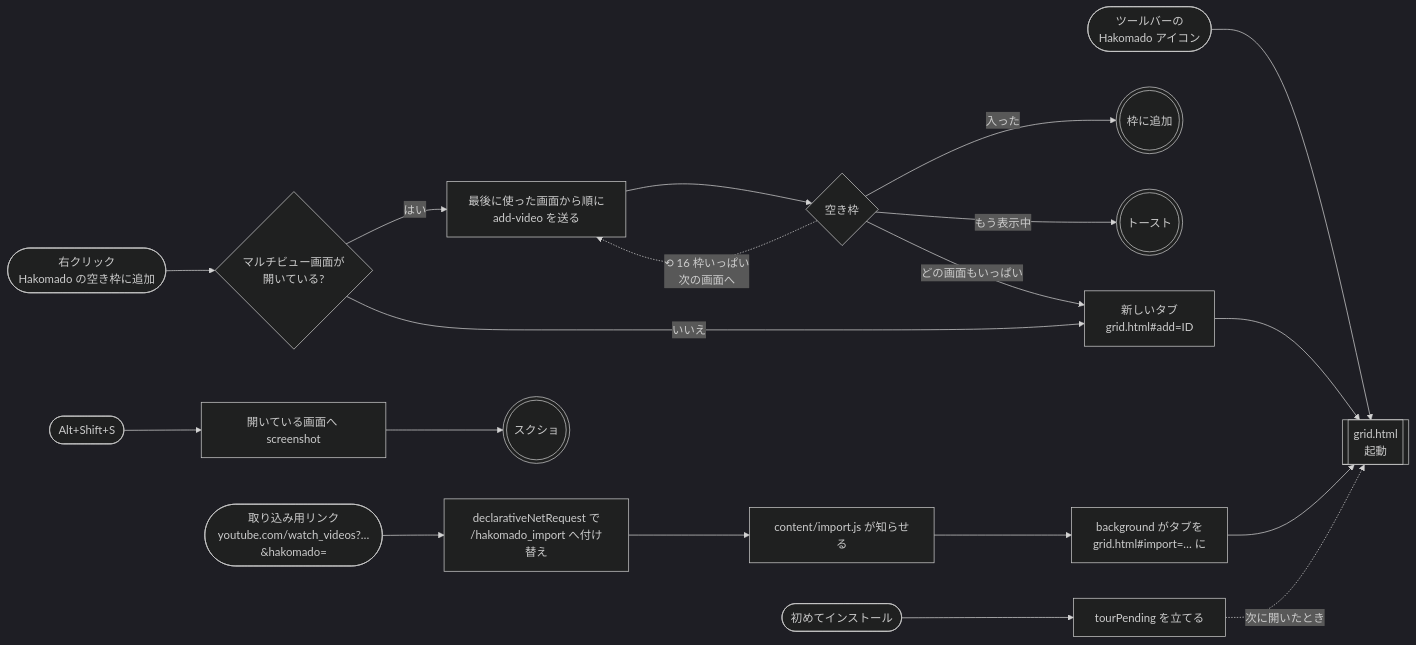
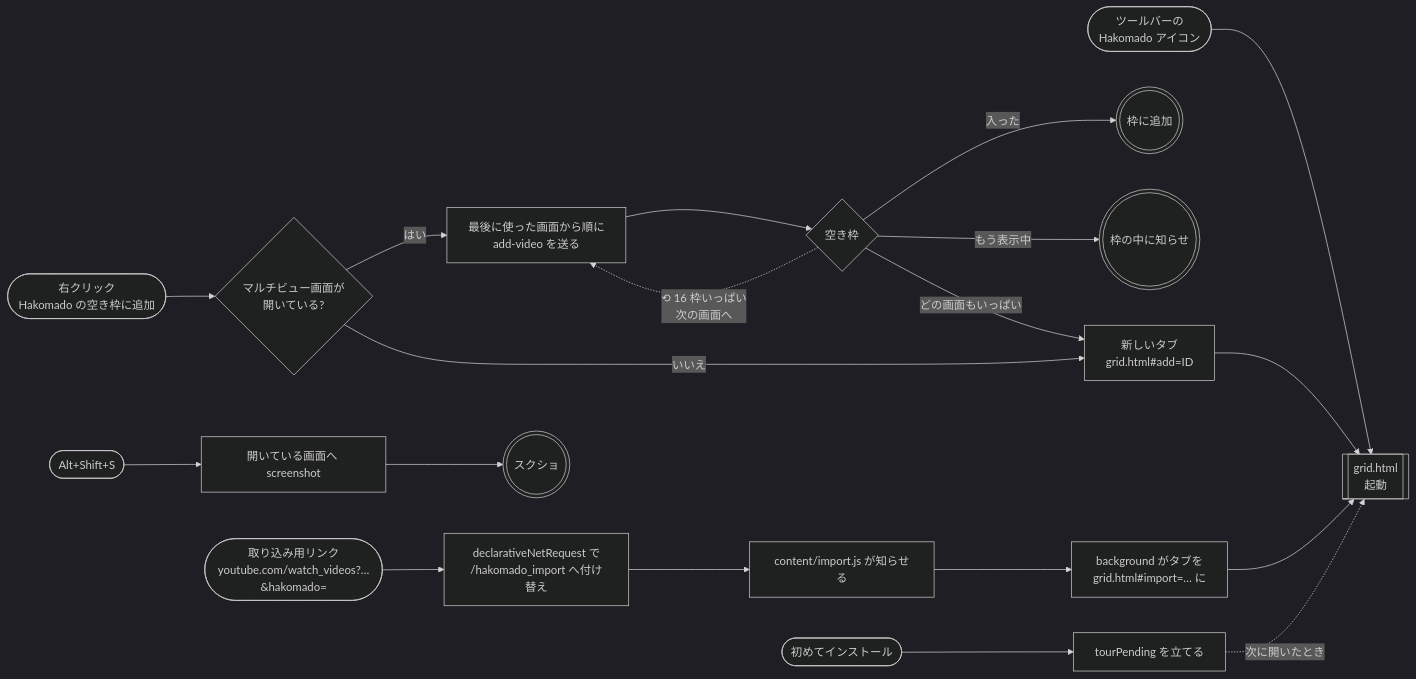
One commit to contee213/hakomado changed the first of 5 diagrams in docs/screen-flow.md. Above: the diagram before and after it, drawn with Mermaid (dark theme). The commit also changed other lines of this file and 16 other files, not shown here.

````diff
--- a/docs/screen-flow.md
+++ b/docs/screen-flow.md
@@ -20,16 +20,16 @@
 ```mermaid
 flowchart LR
   A(["ツールバーの<br>Hakomado アイコン"]) --> G[["grid.html<br>起動"]]
   B(["右クリック<br>Hakomado の空き枠に追加"]) --> B1{"マルチビュー画面が<br>開いている?"}
   B1 -- "はい" --> B2["最後に使った画面から順に<br>add-video を送る"]
   B2 --> B3{"空き枠"}
   B3 -- "入った" --> E1((("枠に追加")))
-  B3 -- "もう表示中" --> E2((("トースト")))
+  B3 -- "もう表示中" --> E2((("枠の中に知らせ")))
   B3 -. "⟲ 16 枠いっぱい<br>次の画面へ" .-> B2
   B3 -- "どの画面もいっぱい" --> B4
   B1 -- "いいえ" --> B4["新しいタブ<br>grid.html#add=ID"] --> G
   C(["取り込み用リンク<br>youtube.com/watch_videos?…&hakomado="]) --> C1["declarativeNetRequest で<br>/hakomado_import へ付け替え"]
   C1 --> C2["content/import.js が知らせる"] --> C3["background がタブを<br>grid.html#import=… に"] --> G
   D(["初めてインストール"]) --> D1["tourPending を立てる"] -. "次に開いたとき" .-> G
   K(["Alt+Shift+S"]) --> K1["開いている画面へ screenshot"] --> E4((("スクショ")))
 ```
````
